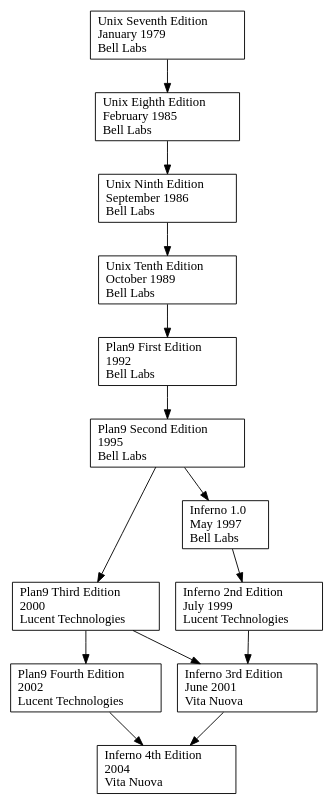
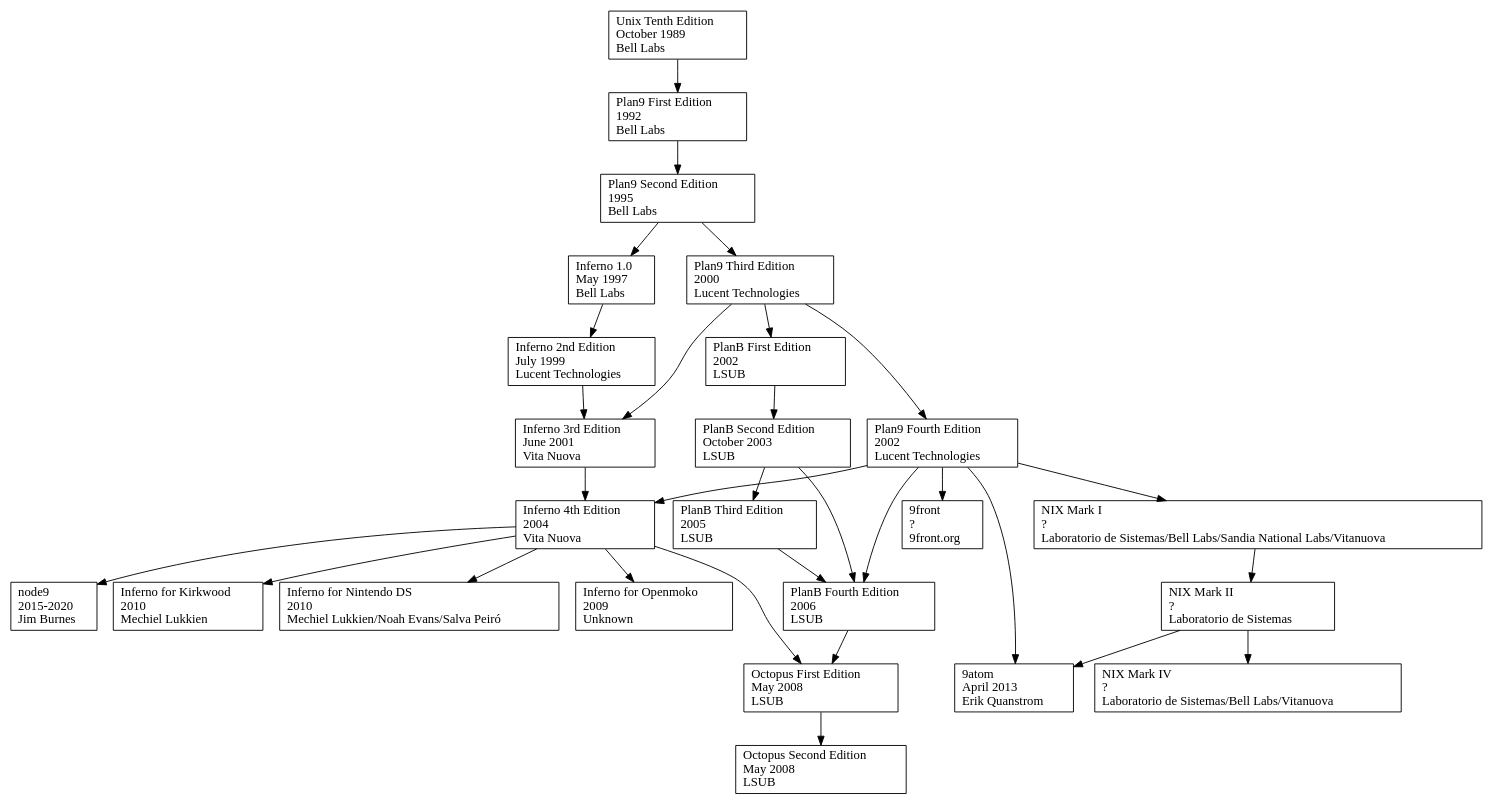
Before and after one commit to da4089/plan9-history: the diagram in plan9.dot, drawn with Graphviz.

Commit message:
Added a bunch of derived systems.

```diff
--- a/plan9.dot
+++ b/plan9.dot
@@ -1,36 +1,142 @@
 digraph D {
 
         node [shape=record];
 
-        unix7ed [label="Unix Seventh Edition\lJanuary 1979\lBell Labs\l"]
-        unix8ed [label="Unix Eighth Edition\lFebruary 1985\lBell Labs\l"]
-        unix9ed [label="Unix Ninth Edition\lSeptember 1986\lBell Labs\l"]
+        // --------------------
+        // Research Unix
+
+        // unix7ed [label="Unix Seventh Edition\lJanuary 1979\lBell Labs\l"]
+        // unix8ed [label="Unix Eighth Edition\lFebruary 1985\lBell Labs\l"]
+        // unix9ed [label="Unix Ninth Edition\lSeptember 1986\lBell Labs\l"]
         unix10ed [label="Unix Tenth Edition\lOctober 1989\lBell Labs\l"]
+
+        // --------------------
+        // Plan 9 from Bell Labs
 
         p91ed [label="Plan9 First Edition\l1992\lBell Labs\l"]
         p92ed [label="Plan9 Second Edition\l1995\lBell Labs\l"]
         p93ed [label="Plan9 Third Edition\l2000\lLucent Technologies\l"]
         p94ed [label="Plan9 Fourth Edition\l2002\lLucent Technologies\l"]
 
+        // --------------------
+        // Plan B
+        // nemo & co
+
+        // 1st ed, user man tr
+        planb1ed [label="PlanB First Edition\l2002\lLSUB\l"]
+
+        // 2nd edition user manual, Postscript
+        planb2ed [label="PlanB Second Edition\lOctober 2003\lLSUB\l"]
+
+        // 3rd ed user manual, GSYC-TR-2005-04
+        planb3ed [label="PlanB Third Edition\l2005\lLSUB\l"]
+
+        // 4th ed user manual
+        // 4th ed source at https://github.com/fjballest/planb
+        planb4ed [label="PlanB Fourth Edition\l2006\lLSUB\l"]
+
+        // --------------------
+        // Octopus
+        octopus1ed [label="Octopus First Edition\lMay 2008\lLSUB\l"]
+
+        // 2nd Edition
+        octopus2ed [label="Octopus Second Edition\lMay 2008\lLSUB\l"]
+
+        // --------------------
+        // NIX
+
+        nixmk1 [label="NIX Mark I\l?\lLaboratorio de Sistemas/Bell Labs/Sandia National Labs/Vitanuova\l"]
+        nixmk2 [label="NIX Mark II\l?\lLaboratorio de Sistemas\l"]
+        nixmk4 [label="NIX Mark IV\l?\lLaboratorio de Sistemas/Bell Labs/Vitanuova\l"]
+
+        // --------------------
+        // 9atom
+
+        p9atom [label="9atom\lApril 2013\lErik Quanstrom\l"]
+
+        // --------------------
+        // 9front
+
+        p9front [label="9front\l?\l9front.org\l"]
+
+        // --------------------
+        // node9
+
+        node9 [label="node9\l2015-2020\lJim Burnes\l"]
+
+        // --------------------
+        // Inferno
+
         inferno1ed [label="Inferno 1.0\lMay 1997\lBell Labs\l"]
         inferno2ed [label="Inferno 2nd Edition\lJuly 1999\lLucent Technologies\l"]
         inferno3ed [label="Inferno 3rd Edition\lJune 2001\lVita Nuova\l"]
         inferno4ed [label="Inferno 4th Edition\l2004\lVita Nuova\l"]
 
+        // --------------------
+        // Inferno for Sheevaplug (Marvell Kirkwood)
+        // https://github.com/mjl-/inferno-kirkwood
 
-        unix7ed       -> unix8ed
-        unix8ed       -> unix9ed
-        unix9ed       -> unix10ed
+        inferno_kirkwood [label="Inferno for Kirkwood\l2010\lMechiel Lukkien\l"]
+
+        // --------------------
+        // Inferno for Nintendo DS
+
+
+        inferno_ds [label="Inferno for Nintendo DS\l2010\lMechiel Lukkien/Noah Evans/Salva Peiró\l"]
+
+        // --------------------
+        // Inferno for Nintendo DS
+        // https://github.com/Plan9-Archive/inferno-openmoko
+
+        inferno_openmoko [label="Inferno for Openmoko\l2009\lUnknown\l"]
+
+
+
+        // unix7ed       -> unix8ed
+        // unix8ed       -> unix9ed
+        // unix9ed       -> unix10ed
         unix10ed      -> p91ed
 
         p91ed         -> p92ed
         p92ed         -> p93ed
         p93ed         -> p94ed
 
         p92ed         -> inferno1ed
         inferno1ed    -> inferno2ed
         inferno2ed    -> inferno3ed
         p93ed         -> inferno3ed
         inferno3ed    -> inferno4ed
         p94ed         -> inferno4ed
+
+        // PlanB based on Plan9, 3rd edition (guess, based on dates)
+        p93ed         -> planb1ed
+
+        planb1ed      -> planb2ed
+
+        planb2ed      -> planb3ed
+
+        planb2ed      -> planb4ed
+        planb3ed      -> planb4ed
+        p94ed         -> planb4ed
+
+        planb4ed      -> octopus1ed
+        inferno4ed    -> octopus1ed
+        octopus1ed    -> octopus2ed
+
+        p94ed         -> nixmk1
+        nixmk1        -> nixmk2
+        nixmk2        -> nixmk4
+
+        nixmk2        -> p9atom
+        p94ed         -> p9atom
+
+        p94ed         -> p9front
+
+        inferno4ed    -> node9
+
+        inferno4ed    -> inferno_kirkwood
+
+        inferno4ed    -> inferno_ds
+
+        inferno4ed    -> inferno_openmoko
 }
```
